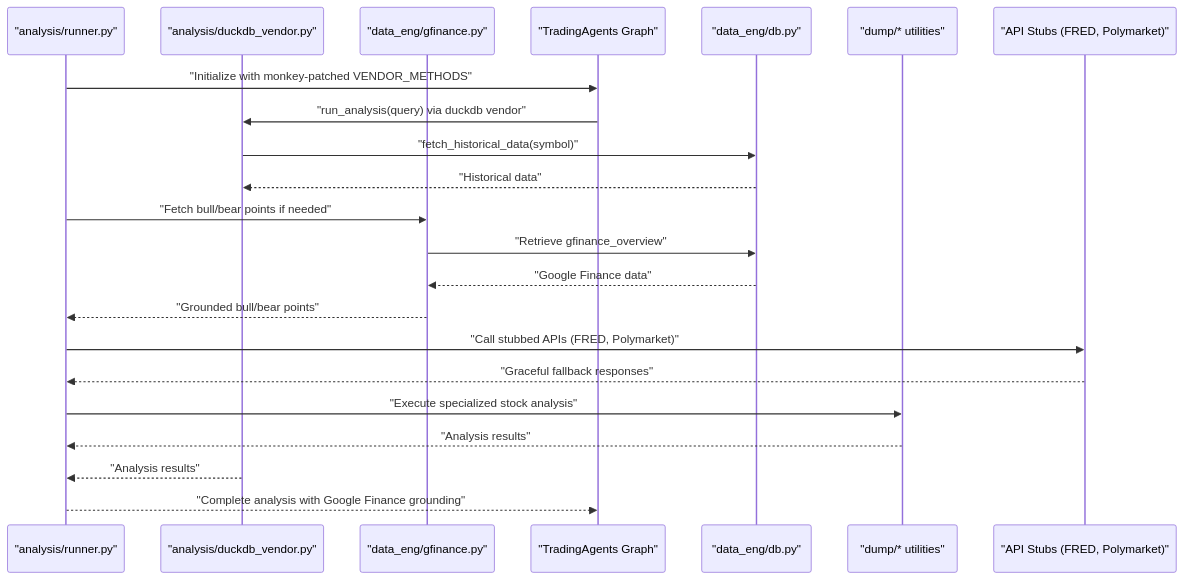
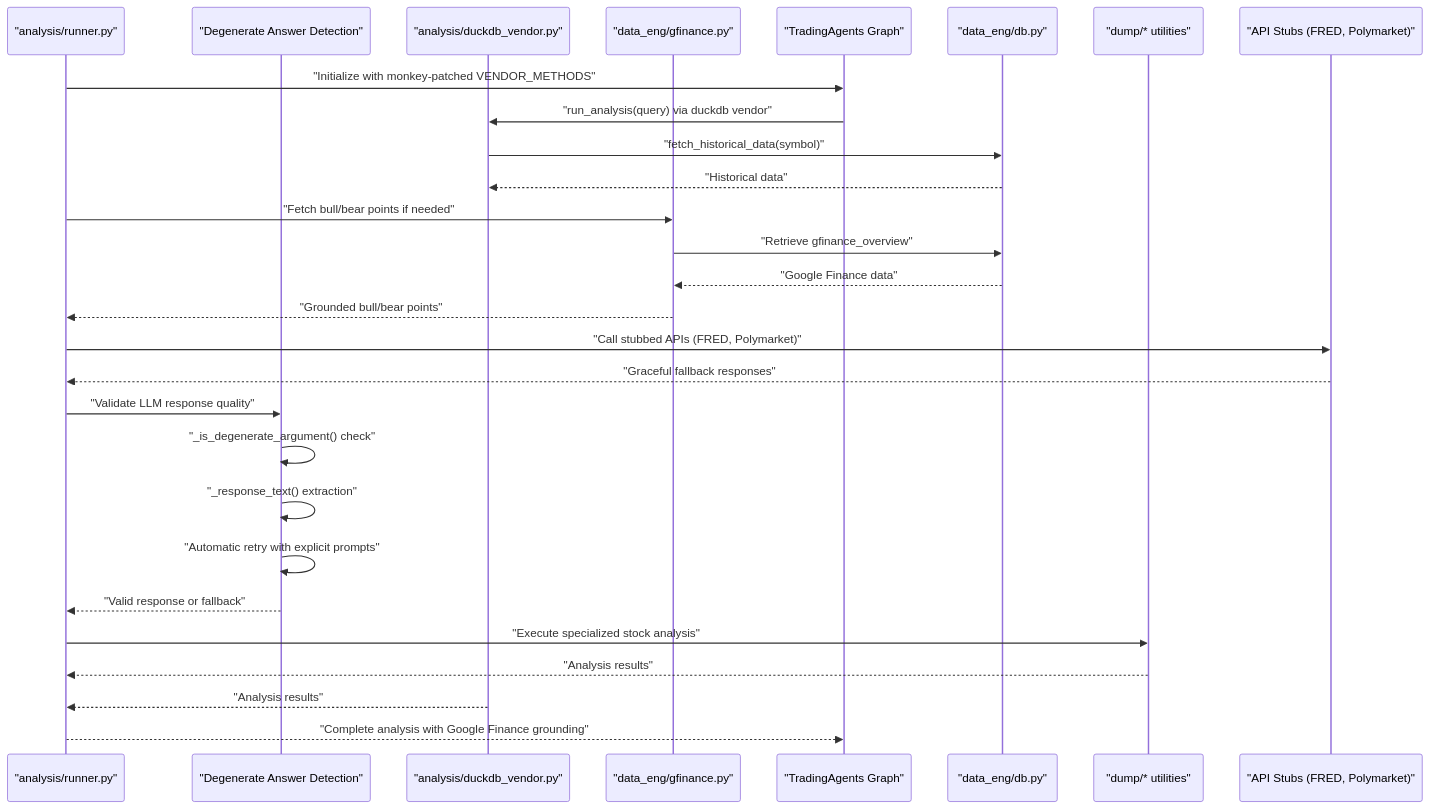
One commit to ZengSeng/telegram-bot changed the ninth of 13 diagrams in .qoder/repowiki/en/content/Core Components/Analysis Framework.md. Above: the diagram before and after it, drawn with Mermaid. The commit also changed other lines of this file and 15 other files, not shown here.

````diff
--- a/.qoder/repowiki/en/content/Core Components/Analysis Framework.md
+++ b/.qoder/repowiki/en/content/Core Components/Analysis Framework.md
@@ -461,24 +487,30 @@
 ```mermaid
 sequenceDiagram
 participant Runner as "analysis/runner.py"
+participant LLMValidator as "Degenerate Answer Detection"
 participant DuckDB as "analysis/duckdb_vendor.py"
 participant GoogleFinance as "data_eng/gfinance.py"
 participant TradingAgents as "TradingAgents Graph"
 participant DB as "data_eng/db.py"
 participant DumpUtils as "dump/* utilities"
 participant Stubs as "API Stubs (FRED, Polymarket)"
 Runner->>TradingAgents : "Initialize with monkey-patched VENDOR_METHODS"
 TradingAgents->>DuckDB : "run_analysis(query) via duckdb vendor"
 DuckDB->>DB : "fetch_historical_data(symbol)"
 DB-->>DuckDB : "Historical data"
 Runner->>GoogleFinance : "Fetch bull/bear points if needed"
 GoogleFinance->>DB : "Retrieve gfinance_overview"
 DB-->>GoogleFinance : "Google Finance data"
 GoogleFinance-->>Runner : "Grounded bull/bear points"
 Runner->>Stubs : "Call stubbed APIs (FRED, Polymarket)"
 Stubs-->>Runner : "Graceful fallback responses"
+Runner->>LLMValidator : "Validate LLM response quality"
+LLMValidator->>LLMValidator : "_is_degenerate_argument() check"
+LLMValidator->>LLMValidator : "_response_text() extraction"
+LLMValidator->>LLMValidator : "Automatic retry with explicit prompts"
+LLMValidator-->>Runner : "Valid response or fallback"
 Runner->>DumpUtils : "Execute specialized stock analysis"
 DumpUtils-->>Runner : "Analysis results"
 DuckDB-->>Runner : "Analysis results"
 Runner-->>TradingAgents : "Complete analysis with Google Finance grounding"
 ```
````
